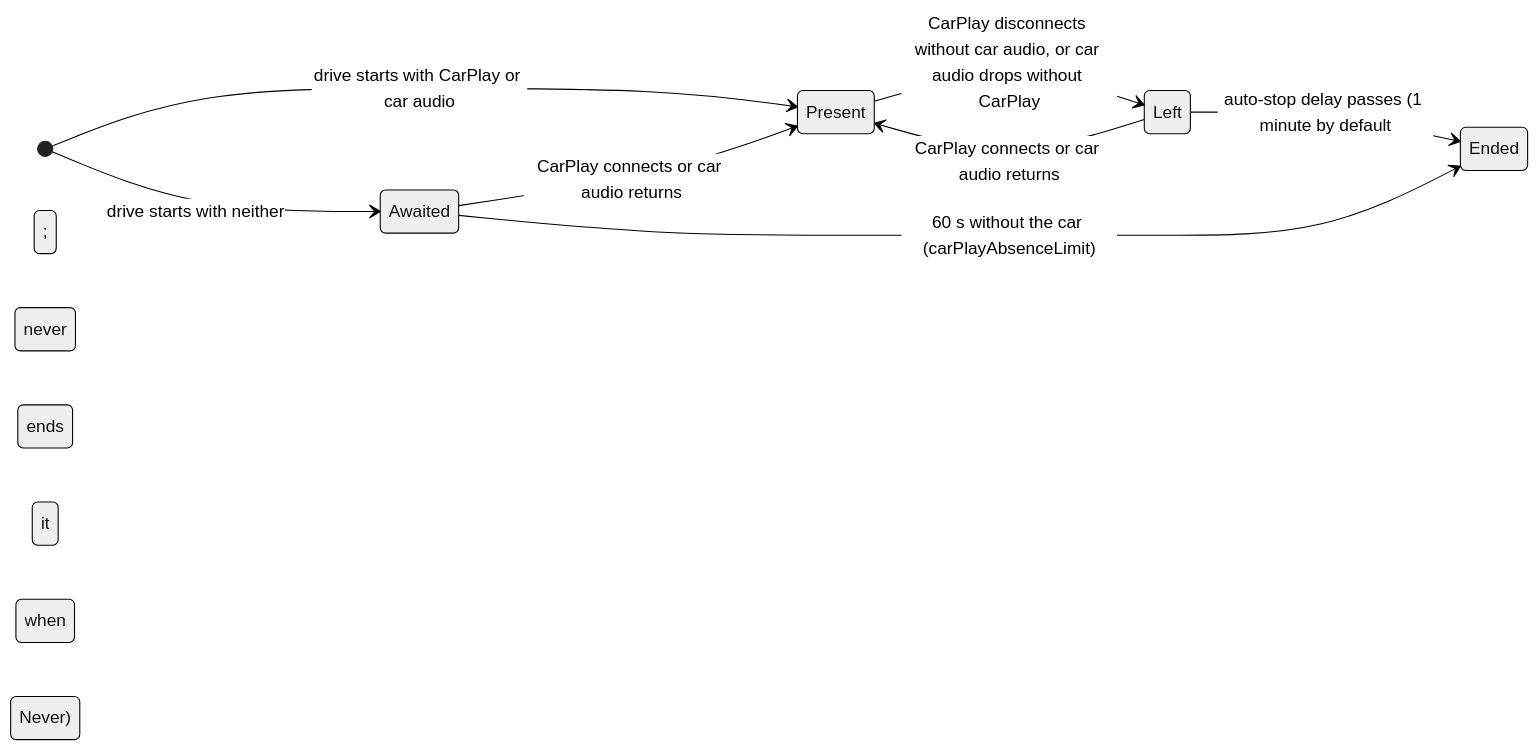
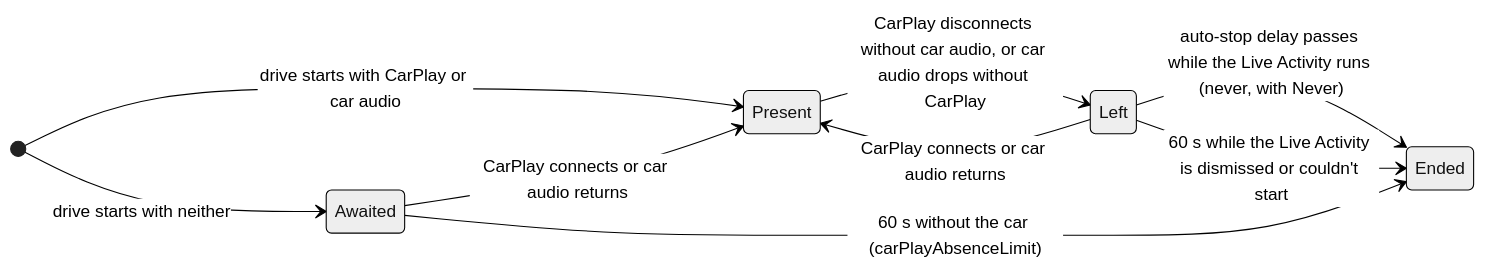
The fourth of 9 diagrams in wiki/Developer-State-Machines.md (lunchbox-labs/Compasslet), drawn with Mermaid (neutral theme) before and after one commit. The commit also changed other lines of this file and 11 other files, not shown here.

First line of the commit message:
Address review: keep auto-stop to a showing Live Activity, tidy copy

````diff
--- a/wiki/Developer-State-Machines.md
+++ b/wiki/Developer-State-Machines.md
@@ -199,11 +199,12 @@
 ```mermaid
 stateDiagram-v2
     direction LR
     [*] --> Present: drive starts with CarPlay or car audio
     [*] --> Awaited: drive starts with neither
     Awaited --> Present: CarPlay connects or car audio returns
     Awaited --> Ended: 60 s without the car (carPlayAbsenceLimit)
     Present --> Left: CarPlay disconnects without car audio, or car audio drops without CarPlay
     Left --> Present: CarPlay connects or car audio returns
-    Left --> Ended: auto-stop delay passes (1 minute by default; never ends it when Never)
+    Left --> Ended: auto-stop delay passes while the Live Activity runs (never, with Never)
+    Left --> Ended: 60 s while the Live Activity is dismissed or couldn't start
 ```
````
